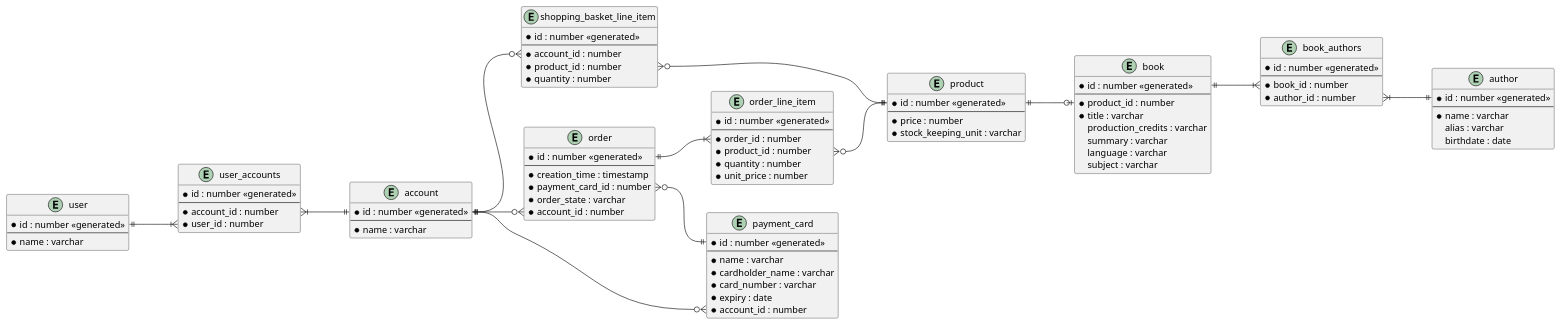
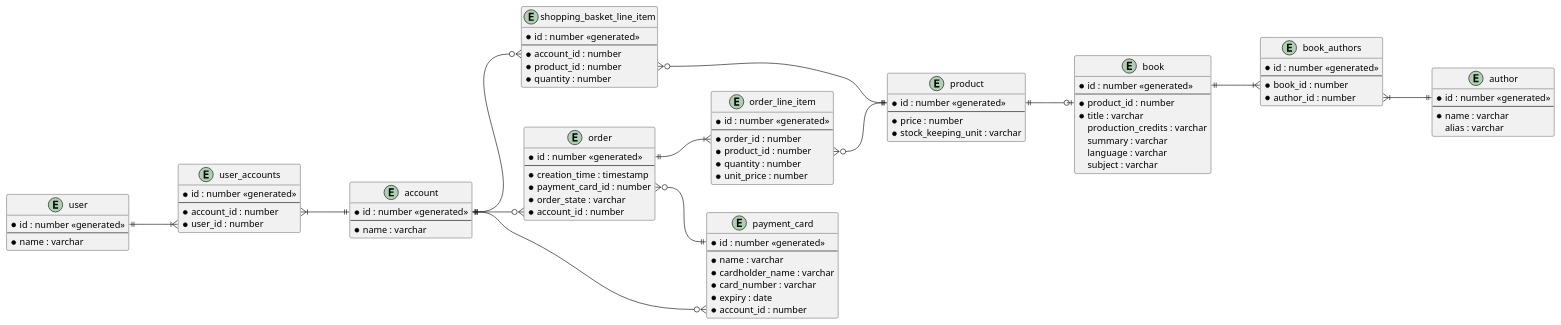
Before and after one commit to dtmo/bookshop: the diagram in docs/design/book_shop_relational_schema_diagram.plantuml, drawn with PlantUML. The commit also changed 15 other files, not shown here.

Commit message:
wip: initial code to test db schema and entity classes

```diff
--- a/docs/design/book_shop_relational_schema_diagram.plantuml
+++ b/docs/design/book_shop_relational_schema_diagram.plantuml
@@ -1,106 +1,105 @@
 @startuml
 
 left to right direction
 
 entity user {
     * id : number <<generated>>
     --
     * name : varchar
 }
 
 entity account {
     * id : number <<generated>>
     --
     * name : varchar
 }
 
 entity user_accounts {
     * id : number <<generated>>
     --
     * account_id : number
     * user_id : number
 }
 
 entity product {
     * id : number <<generated>>
     --
     * price : number
     * stock_keeping_unit : varchar
 }
 
 entity shopping_basket_line_item {
     * id : number <<generated>>
     --
     * account_id : number
     * product_id : number
     * quantity : number
 }
 
 entity payment_card {
     * id : number <<generated>>
     --
     * name : varchar
     * cardholder_name : varchar
     * card_number : varchar
     * expiry : date
     * account_id : number
 }
 
 entity order {
     * id : number <<generated>>
     --
     * creation_time : timestamp
     * payment_card_id : number
     * order_state : varchar
     * account_id : number
 }
 
 entity order_line_item {
     * id : number <<generated>>
     --
     * order_id : number
     * product_id : number
     * quantity : number
     * unit_price : number
 }
 
 entity author {
     * id : number <<generated>>
     --
     * name : varchar
     alias : varchar
-    birthdate : date
 }
 
 entity book {
     * id : number <<generated>>
     --
     * product_id : number
     * title : varchar
     production_credits : varchar
     summary : varchar
     language : varchar
     subject : varchar
 }
 
 entity book_authors {
     * id : number <<generated>>
     --
     * book_id : number
     * author_id : number
 }
 
 user::id ||--|{ user_accounts::user_id
 user_accounts::account_id }|--|| account::id
 account::id ||--o{ shopping_basket_line_item::account_id
 shopping_basket_line_item::product_id }o--|| product::id
 account::id ||--o{ payment_card::account_id
 account::id ||--o{ order::account_id
 order::id ||--|{ order_line_item::order_id
 order::payment_card_id }o--|| payment_card::id
 order_line_item::product_id }o--|| product::id
 product::id ||--o| book::product_id
 book::id ||--|{ book_authors::book_id
 book_authors::author_id }|--|| author::id
 
 @enduml
```
